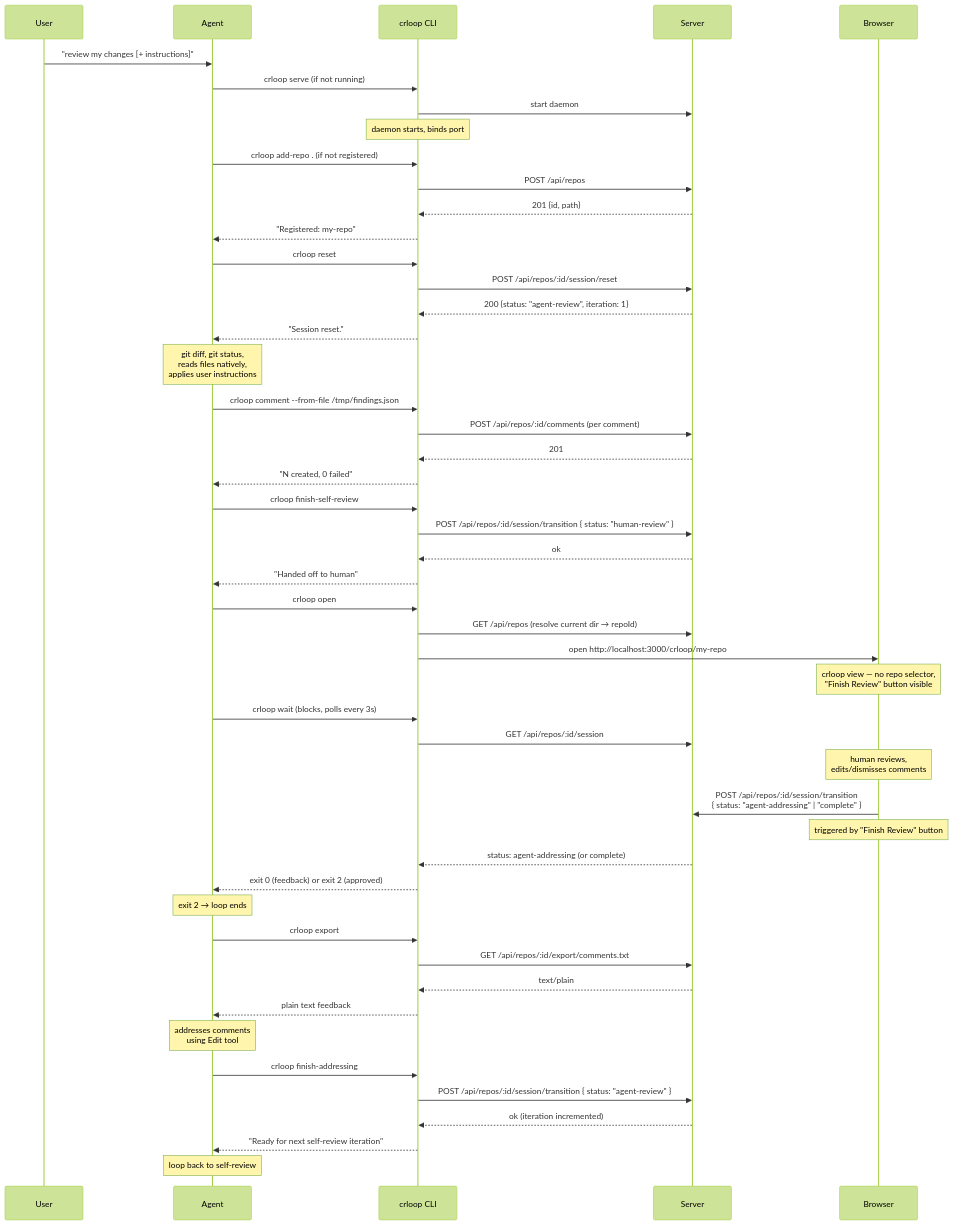
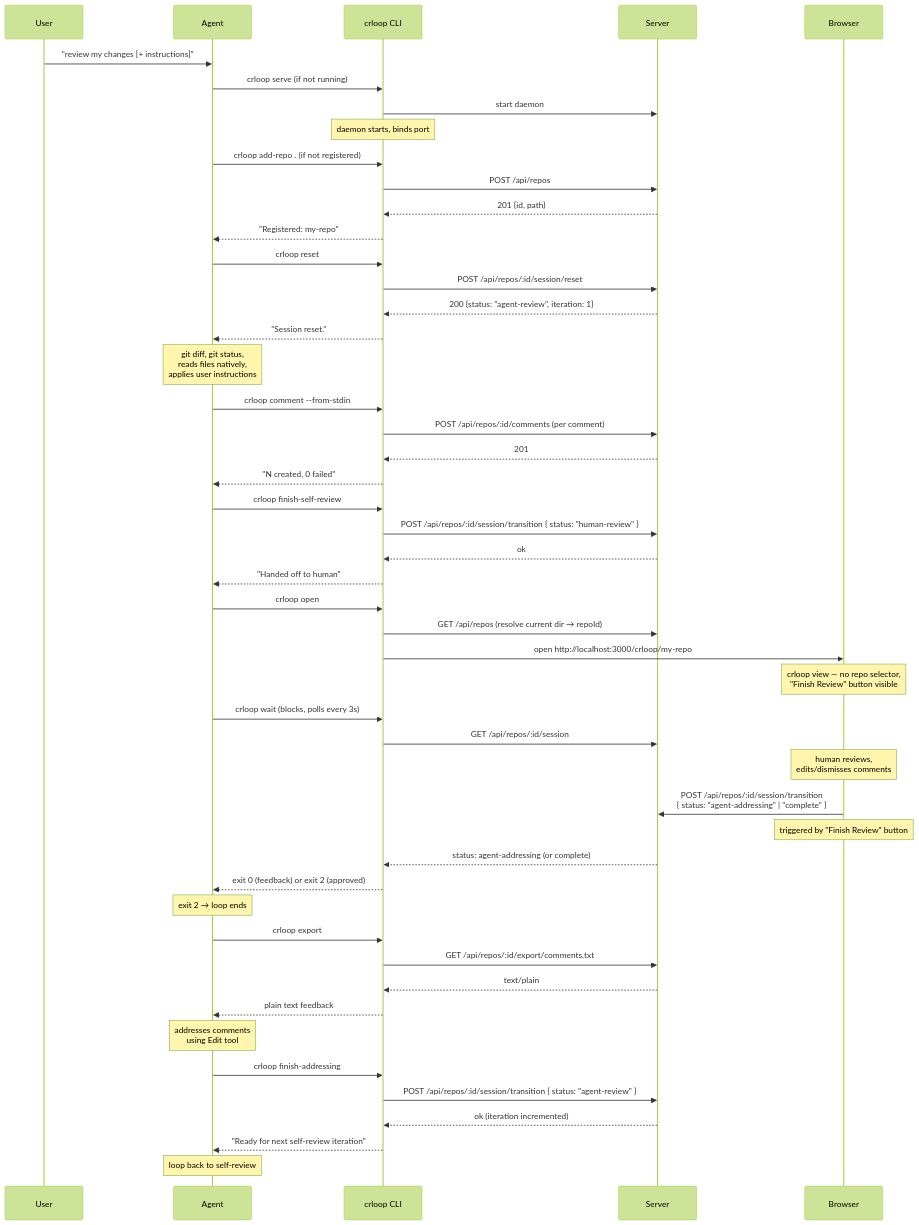
The second of 2 diagrams in docs/features/agentic-cr-skill-cli/design-skill-cli.md (rkrysinski/agentic-cr-loop), drawn with Mermaid (forest theme) before and after one commit. The commit also changed other lines of this file and 10 other files, not shown here.

First line of the commit message:
feat: add --from-stdin flag to crloop comment for piping JSON findings

````diff
--- a/docs/features/agentic-cr-skill-cli/design-skill-cli.md
+++ b/docs/features/agentic-cr-skill-cli/design-skill-cli.md
@@ -454,67 +464,67 @@
 ```mermaid
 sequenceDiagram
     participant User
     participant Agent
     participant CLI as crloop CLI
     participant Server
     participant Browser
 
     User->>Agent: "review my changes [+ instructions]"
 
     Agent->>CLI: crloop serve (if not running)
     CLI->>Server: start daemon
     Note over CLI: daemon starts, binds port
 
     Agent->>CLI: crloop add-repo . (if not registered)
     CLI->>Server: POST /api/repos
     Server-->>CLI: 201 {id, path}
     CLI-->>Agent: "Registered: my-repo"
 
     Agent->>CLI: crloop reset
     CLI->>Server: POST /api/repos/:id/session/reset
     Server-->>CLI: 200 {status: "agent-review", iteration: 1}
     CLI-->>Agent: "Session reset."
 
     Note over Agent: git diff, git status,<br/>reads files natively,<br/>applies user instructions
 
-    Agent->>CLI: crloop comment --from-file /tmp/findings.json
+    Agent->>CLI: crloop comment --from-stdin
     CLI->>Server: POST /api/repos/:id/comments (per comment)
     Server-->>CLI: 201
     CLI-->>Agent: "N created, 0 failed"
 
     Agent->>CLI: crloop finish-self-review
     CLI->>Server: POST /api/repos/:id/session/transition { status: "human-review" }
     Server-->>CLI: ok
     CLI-->>Agent: "Handed off to human"
 
     Agent->>CLI: crloop open
     CLI->>Server: GET /api/repos (resolve current dir → repoId)
     CLI->>Browser: open http://localhost:3000/crloop/my-repo
     Note over Browser: crloop view — no repo selector,<br/>"Finish Review" button visible
 
     Agent->>CLI: crloop wait (blocks, polls every 3s)
     CLI->>Server: GET /api/repos/:id/session
 
     Note over Browser: human reviews,<br/>edits/dismisses comments
 
     Browser->>Server: POST /api/repos/:id/session/transition<br/>{ status: "agent-addressing" | "complete" }
     Note over Browser: triggered by "Finish Review" button
     Server-->>CLI: status: agent-addressing (or complete)
     CLI-->>Agent: exit 0 (feedback) or exit 2 (approved)
 
     Note over Agent: exit 2 → loop ends
 
     Agent->>CLI: crloop export
     CLI->>Server: GET /api/repos/:id/export/comments.txt
     Server-->>CLI: text/plain
     CLI-->>Agent: plain text feedback
 
     Note over Agent: addresses comments<br/>using Edit tool
 
     Agent->>CLI: crloop finish-addressing
     CLI->>Server: POST /api/repos/:id/session/transition { status: "agent-review" }
     Server-->>CLI: ok (iteration incremented)
     CLI-->>Agent: "Ready for next self-review iteration"
 
     Note over Agent: loop back to self-review
 ```
````
